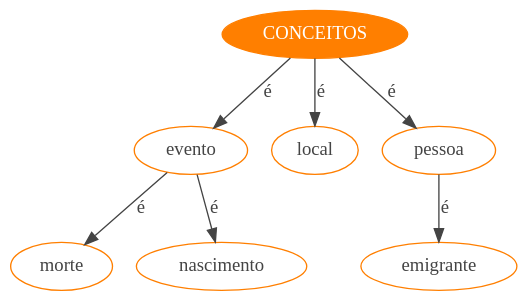
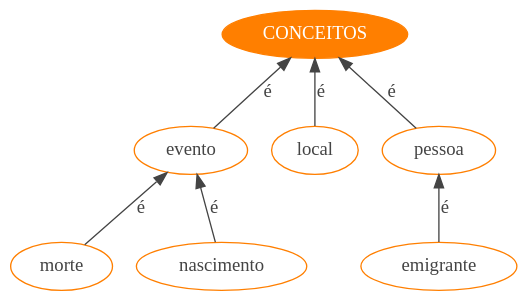
One commit to MiguelCosta/EngenhariaDeLinguagens changed the diagram in EG/ExerciciosParaAvaliacao/Ex5/WebSite/x.gv. Above: the diagram before and after it, drawn with Graphviz. The commit also changed 21 other files, not shown here.

```diff
--- a/EG/ExerciciosParaAvaliacao/Ex5/WebSite/x.gv
+++ b/EG/ExerciciosParaAvaliacao/Ex5/WebSite/x.gv
@@ -1,20 +1,21 @@
 
 digraph mainmap {
 	graph [bgcolor=transparent];
+	rankdir = BT;
   CONCEITOS [URL="conceitos.php",
 		color = darkorange1,
 		fontcolor = white,
 		style = filled,];
 "evento" [color="darkorange1", fontcolor="#444444",URL="conceito.php?conceito=evento"];
-CONCEITOS -> "evento"[label=é, color="#444444", fontcolor="#444444"];
+"evento" -> CONCEITOS [label=é, color="#444444", fontcolor="#444444"];
 "morte" [color="darkorange1", fontcolor="#444444",URL="conceito.php?conceito=morte"];
-"evento" -> "morte"[label=é, color="#444444", fontcolor="#444444"];
+"morte" -> "evento"[label=é, color="#444444", fontcolor="#444444"];
 "nascimento" [color="darkorange1", fontcolor="#444444",URL="conceito.php?conceito=nascimento"];
-"evento" -> "nascimento"[label=é, color="#444444", fontcolor="#444444"];
+"nascimento" -> "evento"[label=é, color="#444444", fontcolor="#444444"];
 "local" [color="darkorange1", fontcolor="#444444",URL="conceito.php?conceito=local"];
-CONCEITOS -> "local"[label=é, color="#444444", fontcolor="#444444"];
+"local" -> CONCEITOS [label=é, color="#444444", fontcolor="#444444"];
 "pessoa" [color="darkorange1", fontcolor="#444444",URL="conceito.php?conceito=pessoa"];
-CONCEITOS -> "pessoa"[label=é, color="#444444", fontcolor="#444444"];
+"pessoa" -> CONCEITOS [label=é, color="#444444", fontcolor="#444444"];
 "emigrante" [color="darkorange1", fontcolor="#444444",URL="conceito.php?conceito=emigrante"];
-"pessoa" -> "emigrante"[label=é, color="#444444", fontcolor="#444444"];
+"emigrante" -> "pessoa"[label=é, color="#444444", fontcolor="#444444"];
 }
```
